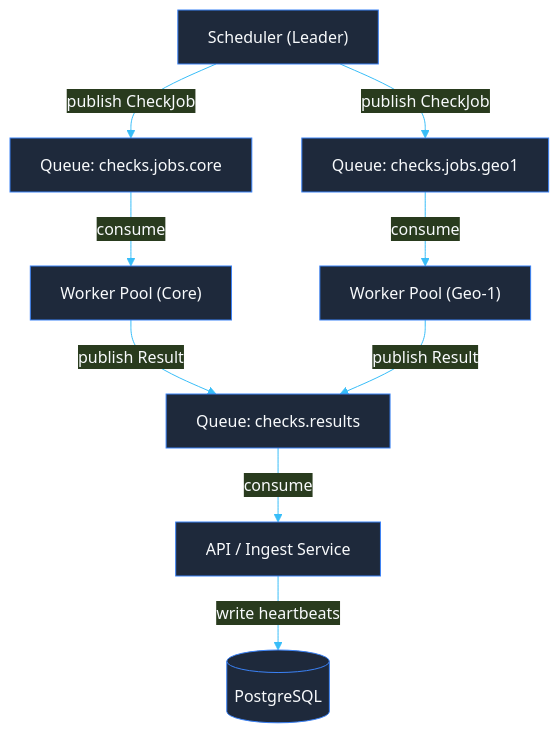
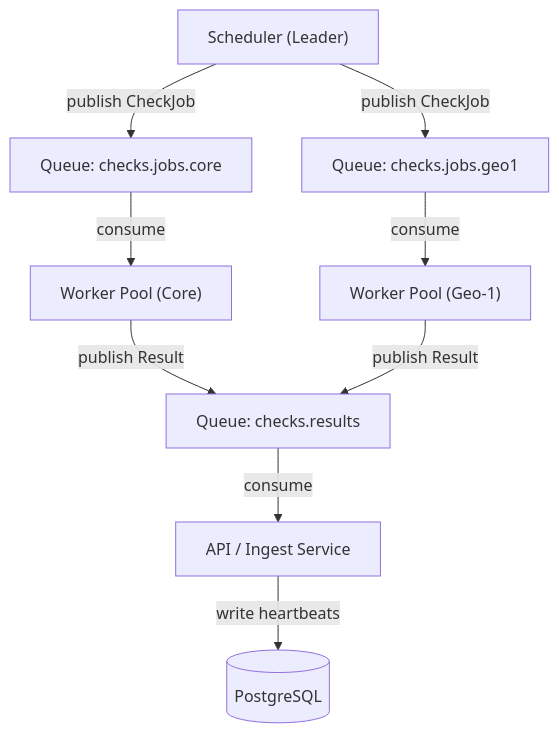
The fifth of 9 diagrams in docs/architecture.md (teamlead-com/cerbix), drawn with Mermaid before and after one commit. The commit also changed other lines of this file and 2 other files, not shown here.

First line of the commit message:
docs: fix mermaid rendering + sync drift (roles/probers) with code

````diff
--- a/docs/architecture.md
+++ b/docs/architecture.md
@@ -155,28 +151,27 @@
 ```mermaid
-%%{init: {'theme': 'base', 'themeVariables': { 'primaryColor': '#1e293b', 'primaryTextColor': '#f8fafc', 'primaryBorderColor': '#3b82f6', 'lineColor': '#38bdf8', 'textColor': '#f8fafc' }}}%%
 flowchart TD
     SCHED["Scheduler (Leader)"]
     
     Q_CORE["Queue: checks.jobs.core"]
     Q_GEO1["Queue: checks.jobs.geo1"]
     
     W_CORE["Worker Pool (Core)"]
     W_GEO1["Worker Pool (Geo-1)"]
     
     Q_RES["Queue: checks.results"]
     
     INGEST["API / Ingest Service"]
     PG[("PostgreSQL")]
 
     SCHED -->|publish CheckJob| Q_CORE
     SCHED -->|publish CheckJob| Q_GEO1
 
     Q_CORE -->|consume| W_CORE
     Q_GEO1 -->|consume| W_GEO1
 
     W_CORE -->|publish Result| Q_RES
     W_GEO1 -->|publish Result| Q_RES
 
     Q_RES -->|consume| INGEST
     INGEST -->|write heartbeats| PG
 ```
````
